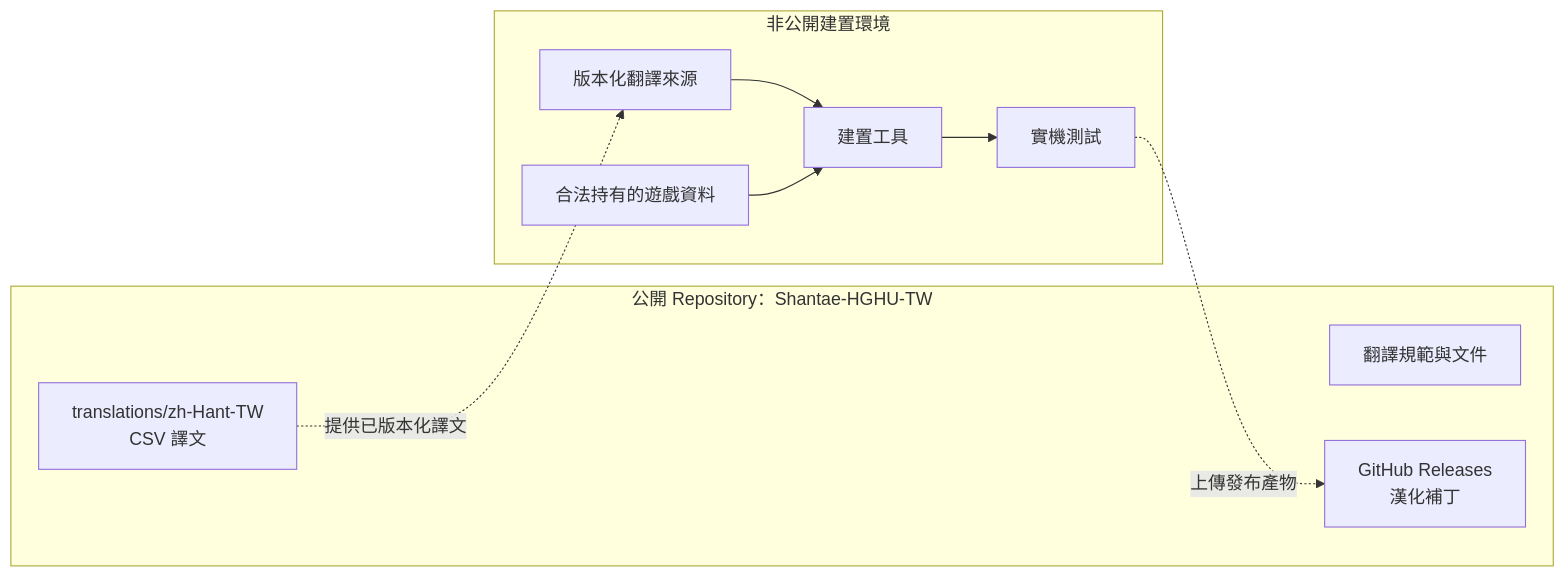
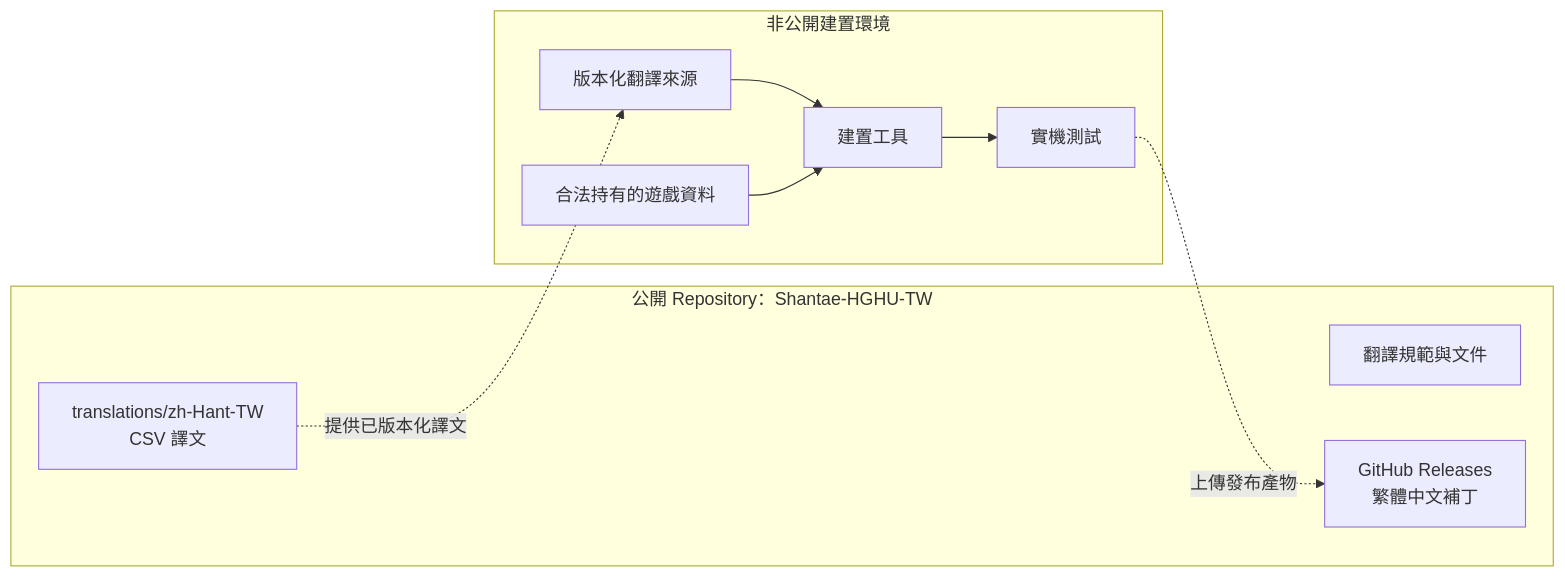
One commit to AghDoo/Shantae-HGHU-TW changed the first of 2 diagrams in README.md. Above: the diagram before and after it, drawn with Mermaid. The commit also changed other lines of this file and 4 other files, not shown here.

````diff
--- a/README.md
+++ b/README.md
@@ -29,21 +31,21 @@
 ```mermaid
 flowchart LR
     subgraph Public["公開 Repository：Shantae-HGHU-TW"]
         Translation["translations/zh-Hant-TW<br/>CSV 譯文"]
         Docs["翻譯規範與文件"]
-        Release["GitHub Releases<br/>漢化補丁"]
+        Release["GitHub Releases<br/>繁體中文補丁"]
     end
 
     subgraph Local["非公開建置環境"]
         TranslationSource["版本化翻譯來源"]
         GameData["合法持有的遊戲資料"]
         Builder["建置工具"]
         Test["實機測試"]
     end
 
     Translation -. "提供已版本化譯文" .-> TranslationSource
     TranslationSource --> Builder
     GameData --> Builder
     Builder --> Test
     Test -. "上傳發布產物" .-> Release
 ```
````
